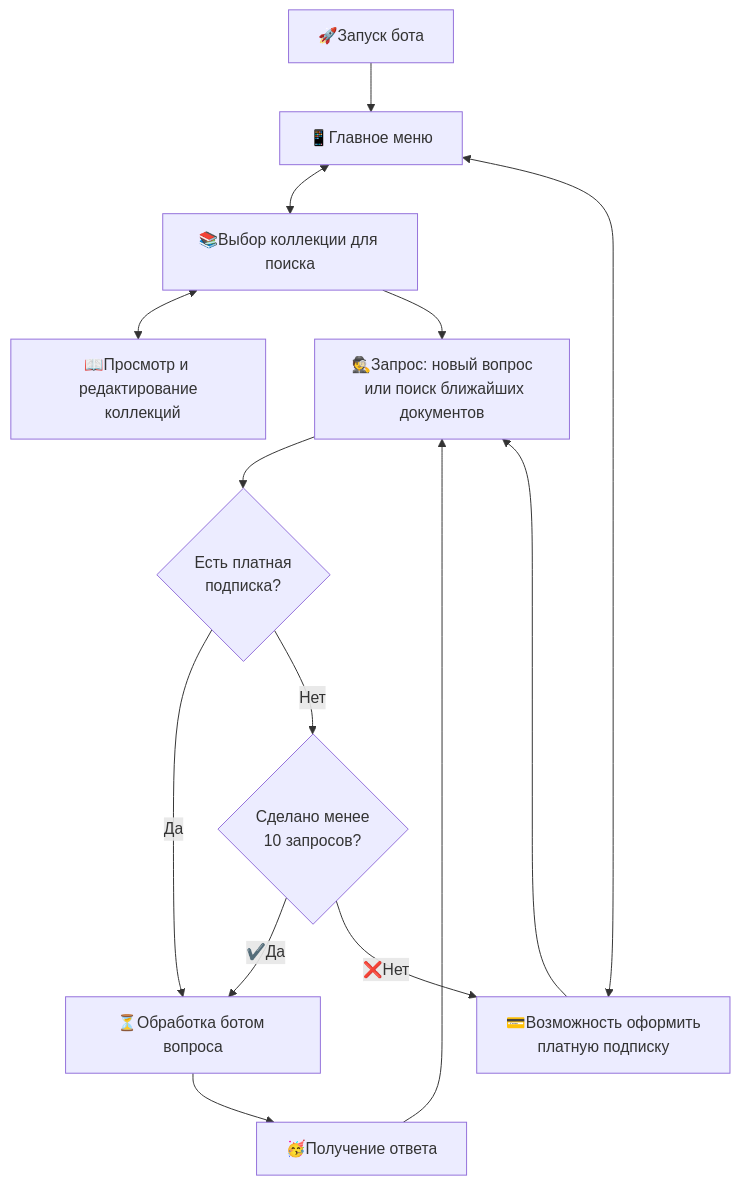
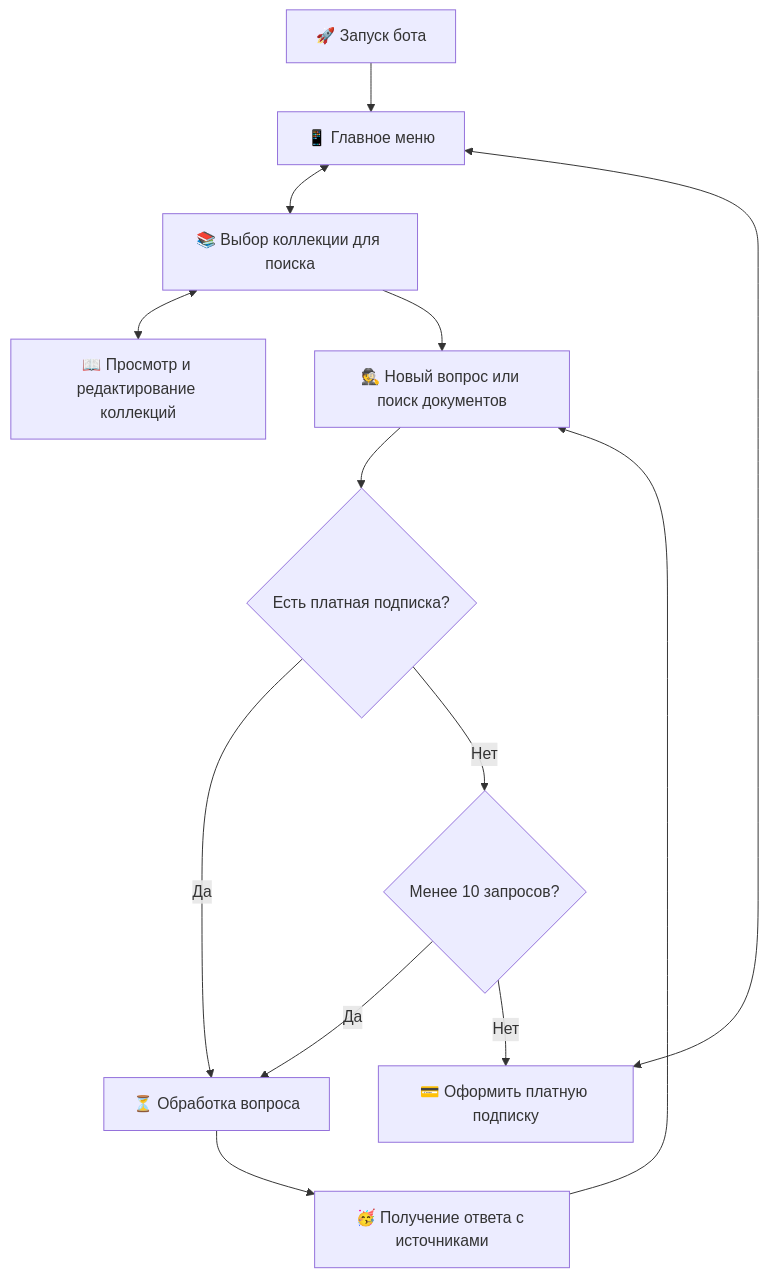
The first of 3 diagrams in docs/README.md (greathouseholder/final_project), drawn with Mermaid before and after one commit. The commit also changed other lines of this file, not shown here.

````diff
--- a/docs/README.md
+++ b/docs/README.md
@@ -16,21 +35,15 @@
 ```mermaid
 graph TD
-  A[📱Главное меню] <--> K[📚Выбор коллекции для поиска]
-  A <--> C[💳Возможность оформить
-  платную подписку]
-  D{Есть платная
-  подписка?} --> |Да| E[⏳Обработка ботом вопроса]
-  D --> |Нет| F{Сделано менее
-  10 запросов?}
-  F --> |✔️Да| E
-  F --> |❌Нет| C
-  C --> M
-  E --> G[🥳Получение ответа]
-  K <--> H[📖Просмотр и редактирование
-  коллекций]
-  K --> M[🕵️Запрос: новый вопрос
-  или поиск ближайших документов]
-  M --> D
-  G --> M
-  Z[🚀Запуск бота] --> A
+    Z[🚀 Запуск бота] --> A[📱 Главное меню]
+    A <--> K[📚 Выбор коллекции для поиска]
+    A <--> C[💳 Оформить платную подписку]
+    K <--> H[📖 Просмотр и редактирование коллекций]
+    K --> M[🕵️ Новый вопрос или поиск документов]
+    M --> D{Есть платная подписка?}
+    D --> |Да| E[⏳ Обработка вопроса]
+    D --> |Нет| F{Менее 10 запросов?}
+    F --> |Да| E
+    F --> |Нет| C
+    E --> G[🥳 Получение ответа с источниками]
+    G --> M
 ```
````
